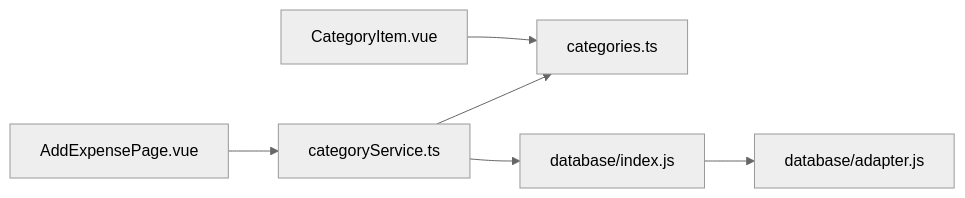
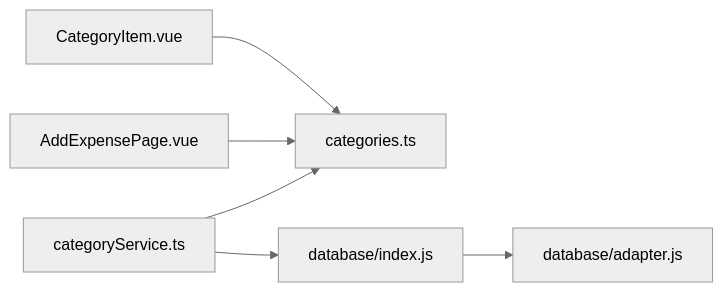
One commit to xiao-lin-unit/yuan changed the seventh of 7 diagrams in .qoder/repowiki/zh/content/支出管理/分类管理.md. Above: the diagram before and after it, drawn with Mermaid (neutral theme). The commit also changed other lines of this file and 16 other files, not shown here.

````diff
--- a/.qoder/repowiki/zh/content/支出管理/分类管理.md
+++ b/.qoder/repowiki/zh/content/支出管理/分类管理.md
@@ -336,8 +344,8 @@
 ```mermaid
 graph LR
 CI["CategoryItem.vue"] --> CAT["categories.ts"]
-AEP["AddExpensePage.vue"] --> CS["categoryService.ts"]
-CS --> DB["database/index.js"]
+AEP["AddExpensePage.vue"] --> CAT
+CS["categoryService.ts"] --> DB["database/index.js"]
 CS --> CAT
 DB --> ADA["database/adapter.js"]
 ```
````
